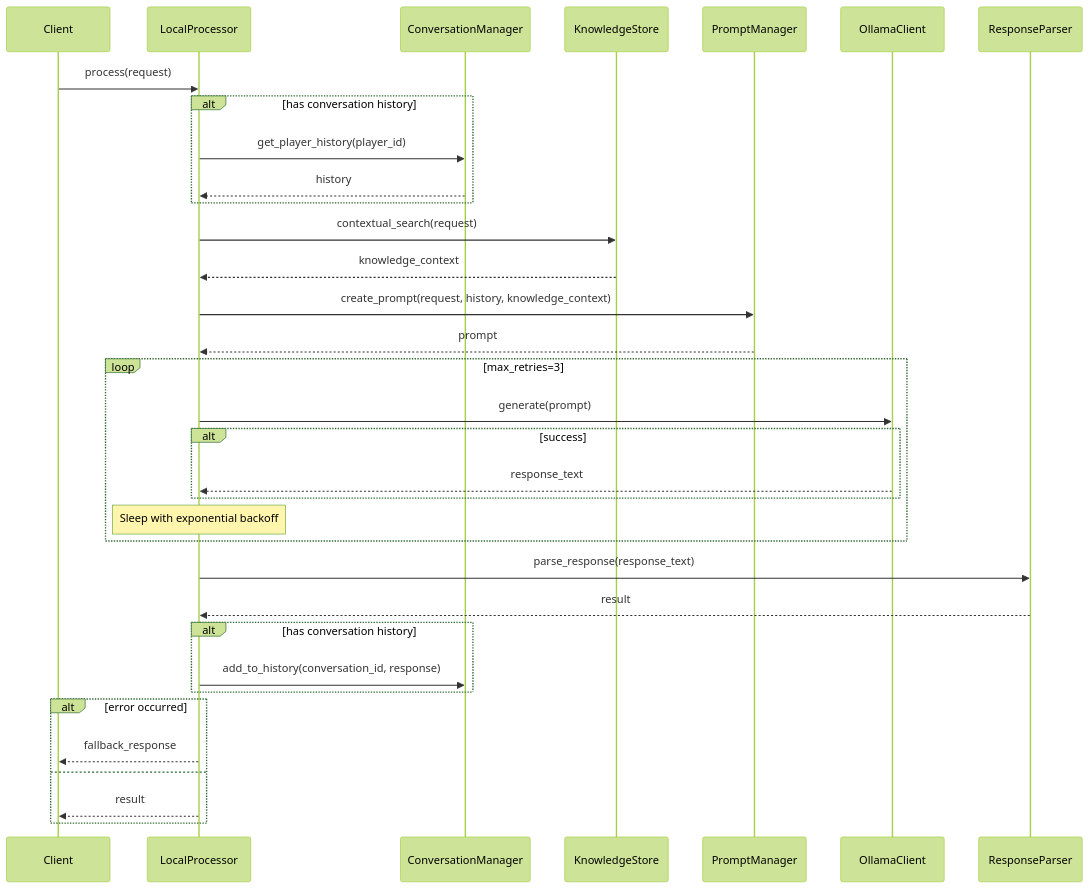
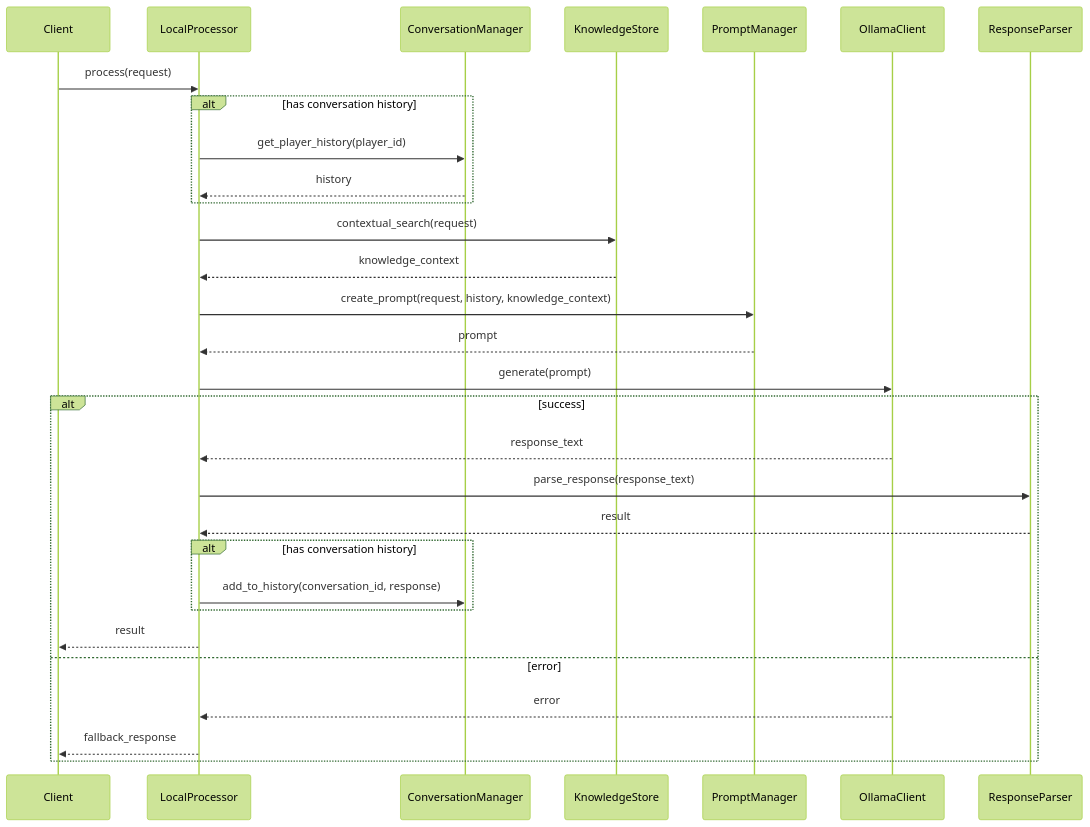
One commit to jbisetto/npc-ai changed the second of 3 diagrams in docs/request_processing_flow.md. Above: the diagram before and after it, drawn with Mermaid (forest theme). The commit also changed 2 other files, not shown here.

Commit message:
refactor(local): remove retry logic from local processor
- Remove _generate_with_retries method from LocalProcessor
- Update tests to verify immediate failure on Ollama errors
- Remove test_local_processor_retry_mechanism
- Update error handling test to verify single attempt

The retry logic was unnecessary complexity - if Ollama fails, we now immediately return a fallback response.

````diff
--- a/docs/request_processing_flow.md
+++ b/docs/request_processing_flow.md
@@ -41,36 +41,30 @@
 ```mermaid
 sequenceDiagram
     Client->>LocalProcessor: process(request)
     
     alt has conversation history
         LocalProcessor->>ConversationManager: get_player_history(player_id)
         ConversationManager-->>LocalProcessor: history
     end
     
     LocalProcessor->>KnowledgeStore: contextual_search(request)
     KnowledgeStore-->>LocalProcessor: knowledge_context
     
     LocalProcessor->>PromptManager: create_prompt(request, history, knowledge_context)
     PromptManager-->>LocalProcessor: prompt
     
-    loop max_retries=3
-        LocalProcessor->>OllamaClient: generate(prompt)
-        alt success
-            OllamaClient-->>LocalProcessor: response_text
+    LocalProcessor->>OllamaClient: generate(prompt)
+    alt success
+        OllamaClient-->>LocalProcessor: response_text
+        LocalProcessor->>ResponseParser: parse_response(response_text)
+        ResponseParser-->>LocalProcessor: result
+        
+        alt has conversation history
+            LocalProcessor->>ConversationManager: add_to_history(conversation_id, response)
         end
-        Note over LocalProcessor: Sleep with exponential backoff
-    end
-    
-    LocalProcessor->>ResponseParser: parse_response(response_text)
-    ResponseParser-->>LocalProcessor: result
-    
-    alt has conversation history
-        LocalProcessor->>ConversationManager: add_to_history(conversation_id, response)
-    end
-    
-    alt error occurred
+        LocalProcessor-->>Client: result
+    else error
+        OllamaClient-->>LocalProcessor: error
         LocalProcessor-->>Client: fallback_response
-    else
-        LocalProcessor-->>Client: result
     end
 ```
````
